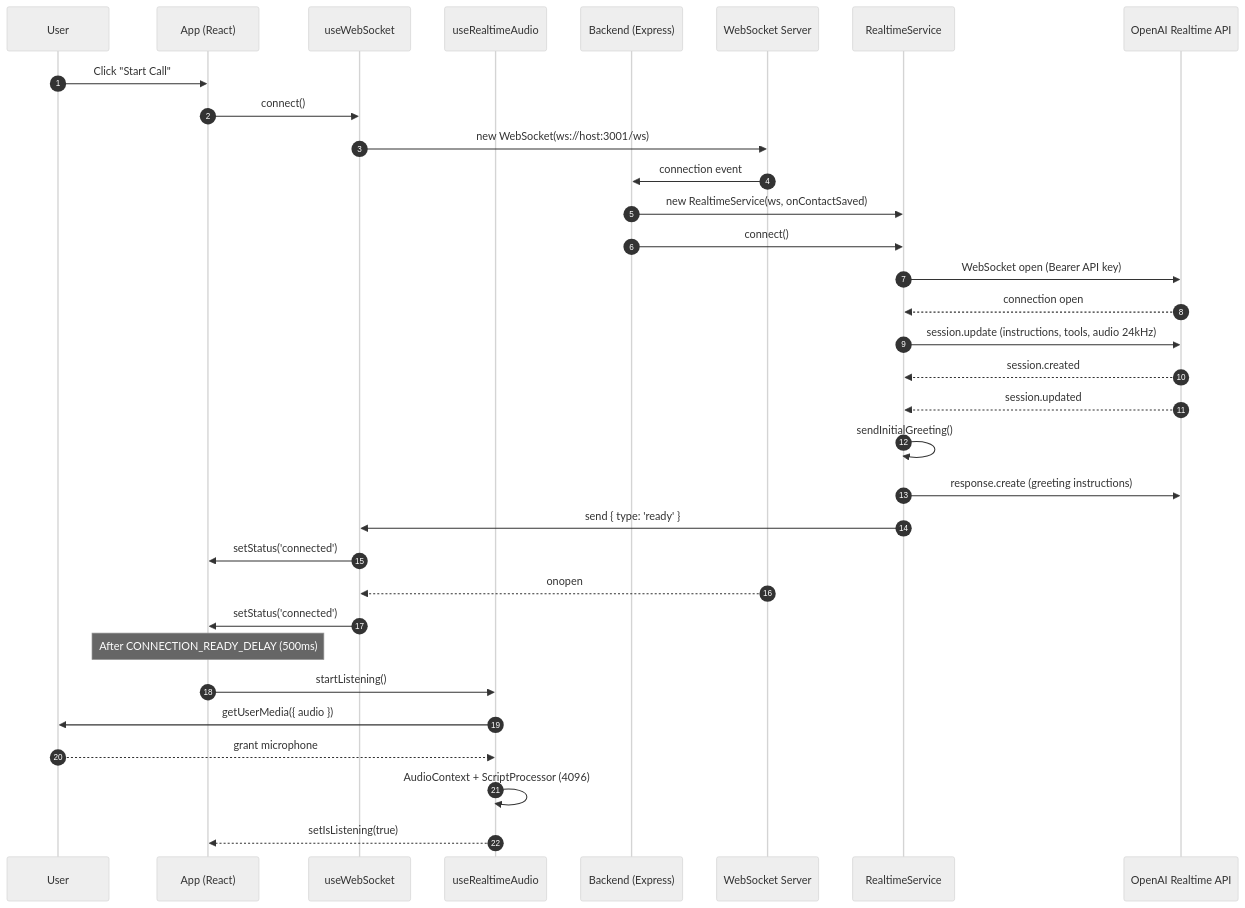
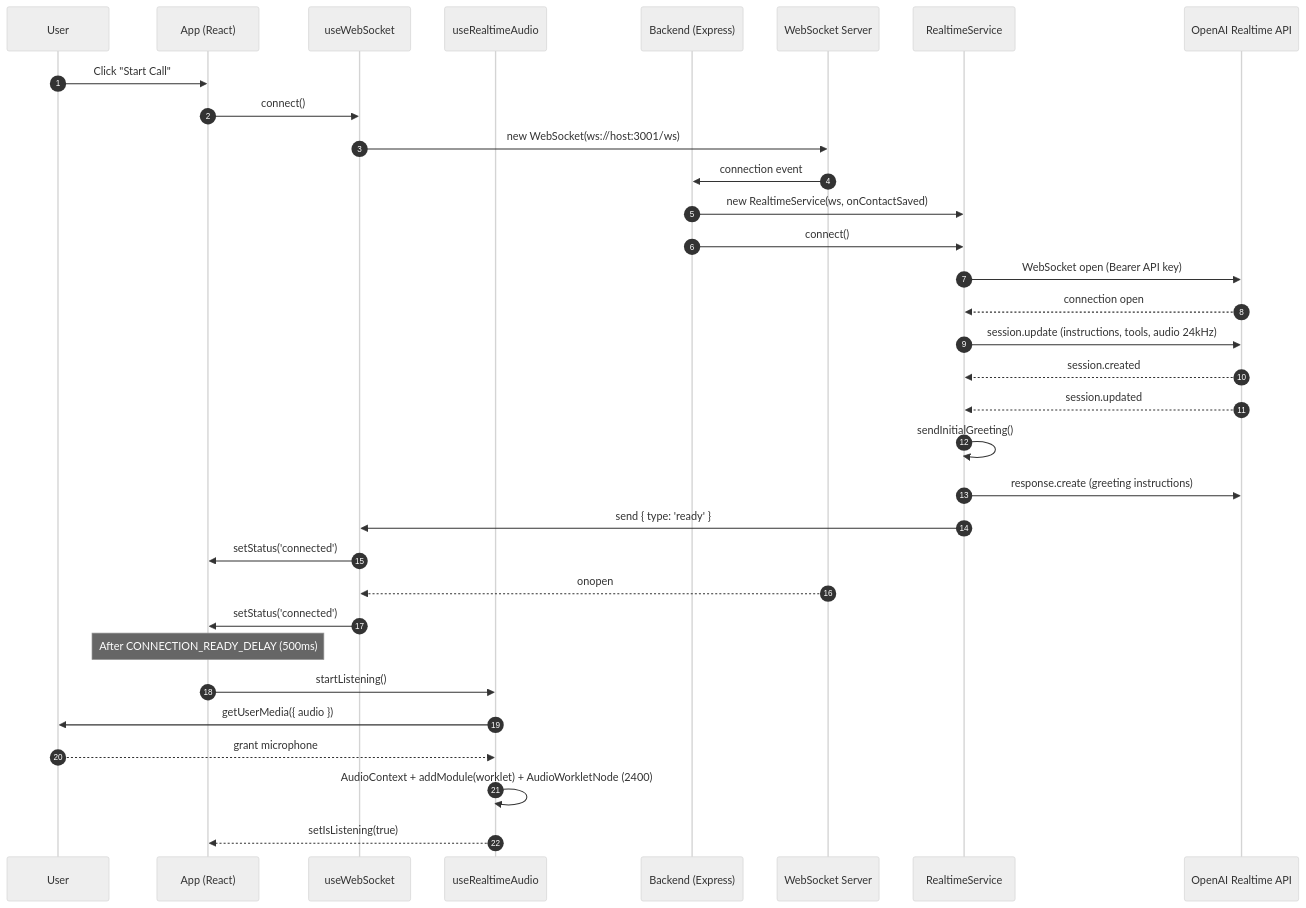
The first of 8 diagrams in docs/SEQUENCE_DIAGRAM.md (lasha-gamrekelashvili/voice-ai-contact-collector), drawn with Mermaid (neutral theme) before and after one commit. The commit also changed other lines of this file and 3 other files, not shown here.

Commit message:
change audio worklet buffer size to 2400 samples (~50 ms)

````diff
--- a/docs/SEQUENCE_DIAGRAM.md
+++ b/docs/SEQUENCE_DIAGRAM.md
@@ -9,36 +9,36 @@
 ```mermaid
 sequenceDiagram
     autonumber
     participant User
     participant App as App (React)
     participant useWS as useWebSocket
     participant useAudio as useRealtimeAudio
     participant Backend as Backend (Express)
     participant WSS as WebSocket Server
     participant Realtime as RealtimeService
     participant OpenAI as OpenAI Realtime API
 
     User->>App: Click "Start Call"
     App->>useWS: connect()
     useWS->>WSS: new WebSocket(ws://host:3001/ws)
     WSS->>Backend: connection event
     Backend->>Realtime: new RealtimeService(ws, onContactSaved)
     Backend->>Realtime: connect()
     Realtime->>OpenAI: WebSocket open (Bearer API key)
     OpenAI-->>Realtime: connection open
     Realtime->>OpenAI: session.update (instructions, tools, audio 24kHz)
     OpenAI-->>Realtime: session.created
     OpenAI-->>Realtime: session.updated
     Realtime->>Realtime: sendInitialGreeting()
     Realtime->>OpenAI: response.create (greeting instructions)
     Realtime->>useWS: send { type: 'ready' }
     useWS->>App: setStatus('connected')
     WSS-->>useWS: onopen
     useWS->>App: setStatus('connected')
     Note over App: After CONNECTION_READY_DELAY (500ms)
     App->>useAudio: startListening()
     useAudio->>User: getUserMedia({ audio })
     User-->>useAudio: grant microphone
-    useAudio->>useAudio: AudioContext + ScriptProcessor (4096)
+    useAudio->>useAudio: AudioContext + addModule(worklet) + AudioWorkletNode (2400)
     useAudio-->>App: setIsListening(true)
 ```
````
